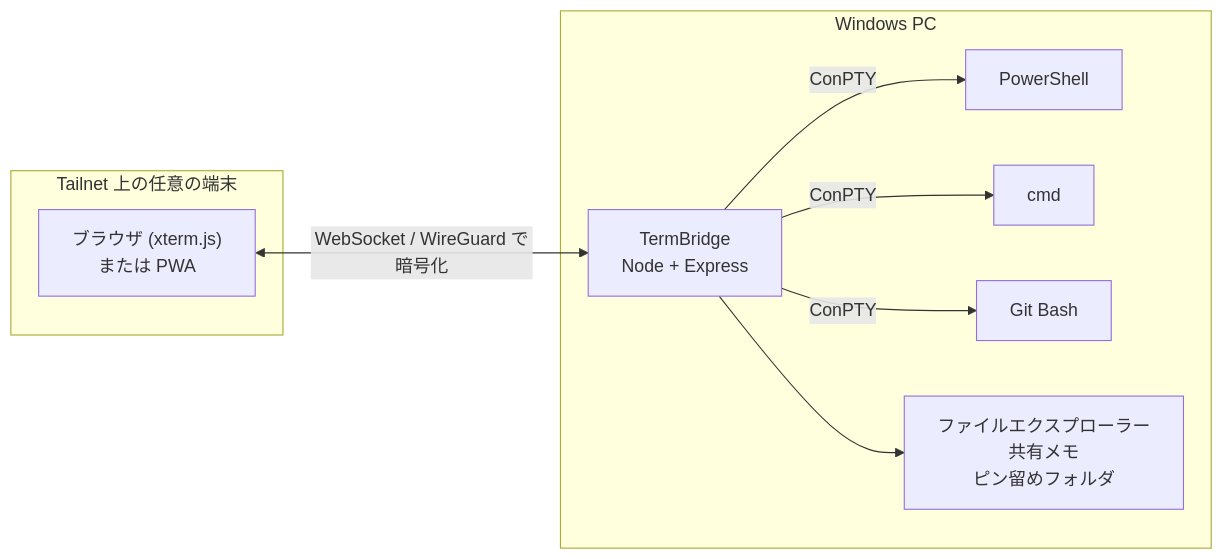
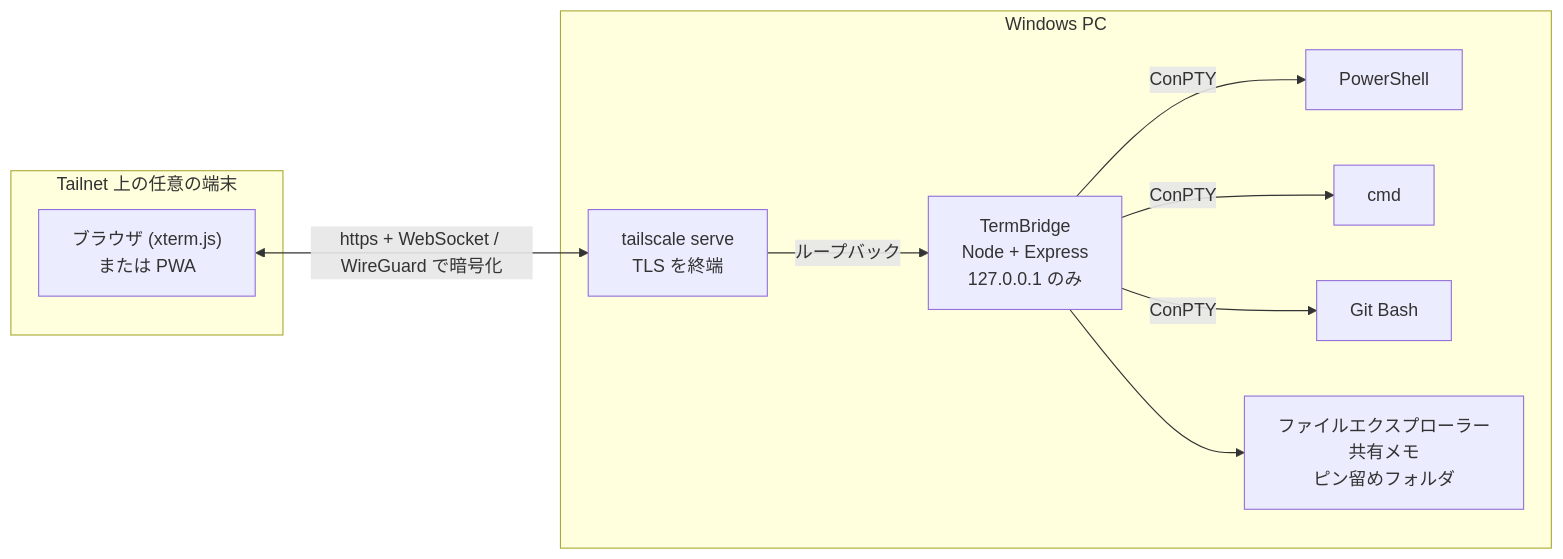
Before and after one commit to Aho-Gaki/TermBridge: the diagram in README.ja.md, drawn with Mermaid. The commit also changed other lines of this file and 7 other files, not shown here.

````diff
--- a/README.ja.md
+++ b/README.ja.md
@@ -177,21 +183,23 @@
 ```mermaid
 flowchart LR
     subgraph client["Tailnet 上の任意の端末"]
         B["ブラウザ (xterm.js)<br/>または PWA"]
     end
 
     subgraph host["Windows PC"]
-        S["TermBridge<br/>Node + Express"]
+        T["tailscale serve<br/>TLS を終端"]
+        S["TermBridge<br/>Node + Express<br/>127.0.0.1 のみ"]
         PS["PowerShell"]
         CMD["cmd"]
         GB["Git Bash"]
         X["ファイルエクスプローラー<br/>共有メモ<br/>ピン留めフォルダ"]
 
+        T -->|ループバック| S
         S -->|ConPTY| PS
         S -->|ConPTY| CMD
         S -->|ConPTY| GB
         S --> X
     end
 
-    B <-->|"WebSocket / WireGuard で暗号化"| S
+    B <-->|"https + WebSocket / WireGuard で暗号化"| T
 ```
````
